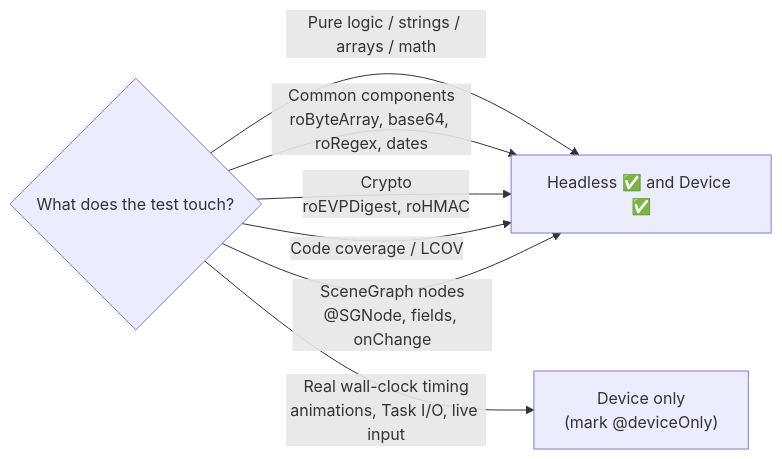
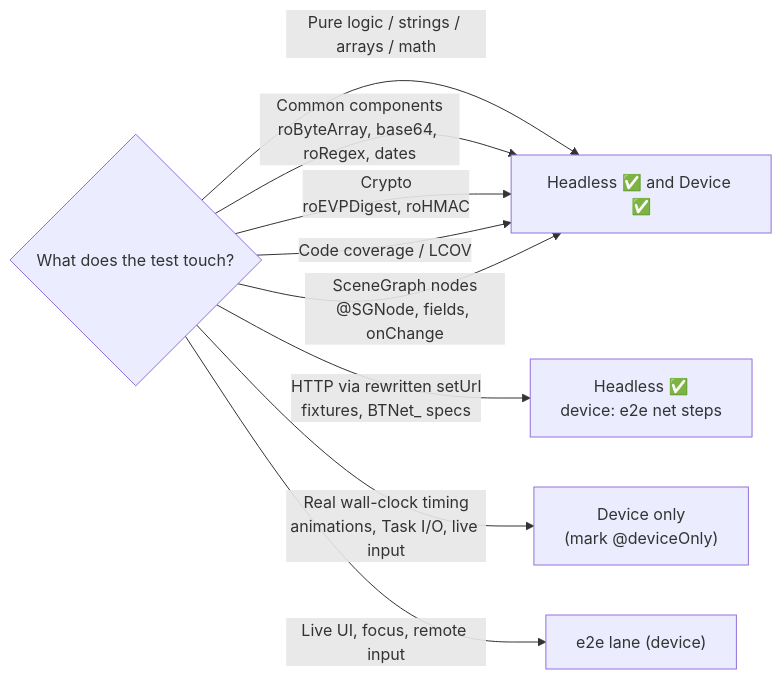
The fifth of 5 diagrams in docs/architecture.md (Ramon-Lobo/brighttest), drawn with Mermaid before and after one commit. The commit also changed other lines of this file and 3 other files, not shown here.

First line of the commit message:
docs: refresh architecture and maintainer internals, add design decisions page

````diff
--- a/docs/architecture.md
+++ b/docs/architecture.md
@@ -93,10 +270,12 @@
 ```mermaid
 flowchart LR
   t{"What does the test touch?"}
   t -->|Pure logic / strings / arrays / math| both["Headless ✅ and Device ✅"]
   t -->|Common components<br/>roByteArray, base64, roRegex, dates| both
   t -->|Crypto<br/>roEVPDigest, roHMAC| both
   t -->|Code coverage / LCOV| both
   t -->|SceneGraph nodes<br/>@SGNode, fields, onChange| both
+  t -->|HTTP via rewritten setUrl<br/>fixtures, BTNet_ specs| hlnet["Headless ✅<br/>device: e2e net steps"]
   t -->|Real wall-clock timing<br/>animations, Task I/O, live input| dev["Device only<br/>(mark @deviceOnly)"]
+  t -->|Live UI, focus, remote input| e2e["e2e lane (device)"]
 ```
````
